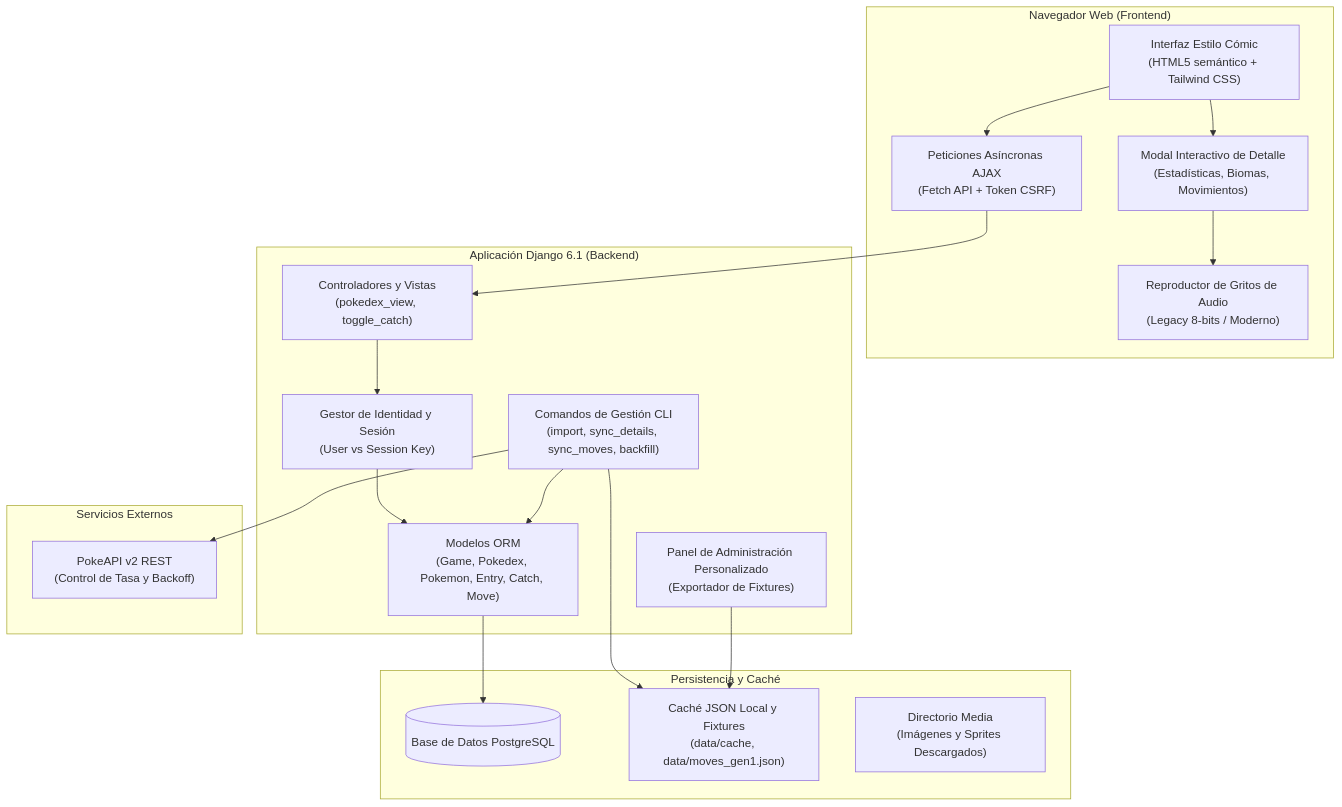
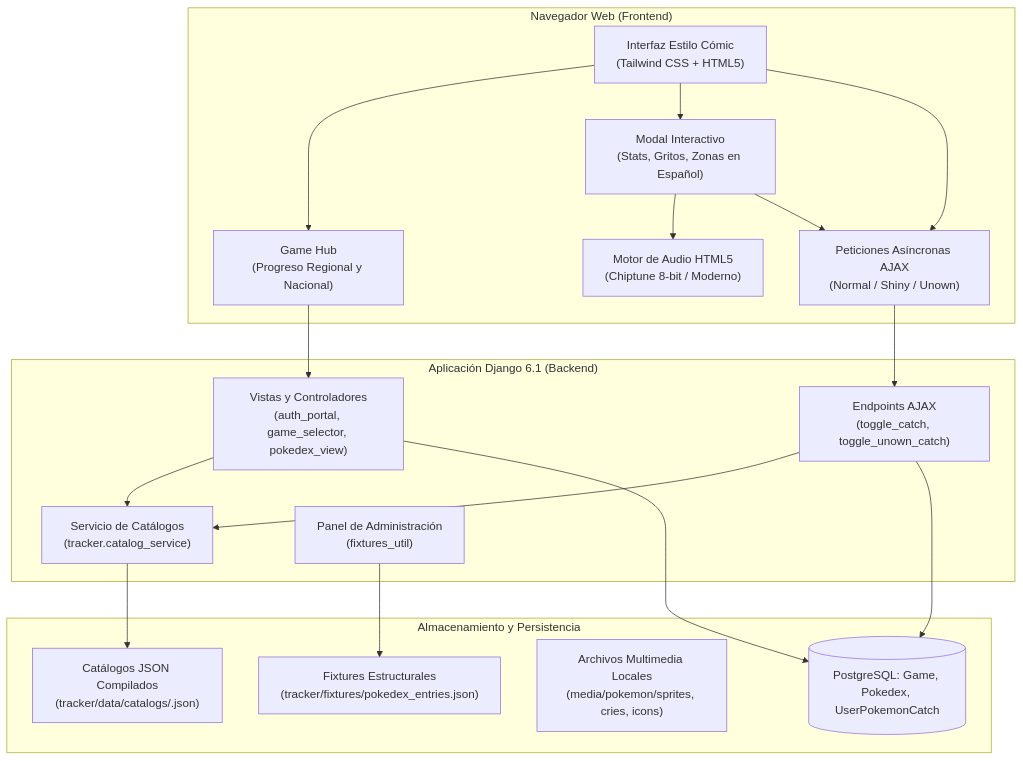
The diagram in README.es.md (Gatozo/pokedexglobal), drawn with Mermaid before and after one commit. The commit also changed other lines of this file and 31 other files, not shown here.

````diff
--- a/README.es.md
+++ b/README.es.md
@@ -31,39 +38,42 @@
 ```mermaid
 flowchart TD
     subgraph Cliente ["Navegador Web (Frontend)"]
-        UI["Interfaz Estilo Cómic\n(HTML5 semántico + Tailwind CSS)"]
-        Modal["Modal Interactivo de Detalle\n(Estadísticas, Biomas, Movimientos)"]
-        Audio["Reproductor de Gritos de Audio\n(Legacy 8-bits / Moderno)"]
-        Ajax["Peticiones Asíncronas AJAX\n(Fetch API + Token CSRF)"]
+        UI["Interfaz Estilo Cómic\n(Tailwind CSS + HTML5)"]
+        Hub["Game Hub\n(Progreso Regional y Nacional)"]
+        Modal["Modal Interactivo\n(Stats, Gritos, Zonas en Español)"]
+        Audio["Motor de Audio HTML5\n(Chiptune 8-bit / Moderno)"]
+        Ajax["Peticiones Asíncronas AJAX\n(Normal / Shiny / Unown)"]
     end
 
     subgraph Backend ["Aplicación Django 6.1 (Backend)"]
-        Vistas["Controladores y Vistas\n(pokedex_view, toggle_catch)"]
-        SesionAuth["Gestor de Identidad y Sesión\n(User vs Session Key)"]
-        Modelos["Modelos ORM\n(Game, Pokedex, Pokemon, Entry, Catch, Move)"]
-        AdminSite["Panel de Administración Personalizado\n(Exportador de Fixtures)"]
-        ComandosCLI["Comandos de Gestión CLI\n(import, sync_details, sync_moves, backfill)"]
+        Vistas["Vistas y Controladores\n(auth_portal, game_selector, pokedex_view)"]
+        AjaxEndpoints["Endpoints AJAX\n(toggle_catch, toggle_unown_catch)"]
+        CatService["Servicio de Catálogos\n(tracker.catalog_service)"]
+        AdminSite["Panel de Administración\n(fixtures_util)"]
     end
 
-    subgraph Datos ["Persistencia y Caché"]
-        Postgres[(Base de Datos PostgreSQL)]
-        CacheLocal["Caché JSON Local y Fixtures\n(data/cache, data/moves_gen1.json)"]
-        MediaDir["Directorio Media\n(Imágenes y Sprites Descargados)"]
+    subgraph Datos ["Almacenamiento y Persistencia"]
+        Postgres[(PostgreSQL: Game, Pokedex, UserPokemonCatch)]
+        CatalogsJSON["Catálogos JSON Compilados\n(tracker/data/catalogs/<slug>.json)"]
+        MediaFiles["Archivos Multimedia Locales\n(media/pokemon/sprites, cries, icons)"]
+        FixturesJSON["Fixtures Estructurales\n(tracker/fixtures/pokedex_entries.json)"]
     end
 
-    subgraph Externo ["Servicios Externos"]
-        PokeAPI["PokeAPI v2 REST\n(Control de Tasa y Backoff)"]
-    end
-
-    UI --> Ajax
+    UI --> Hub
     UI --> Modal
     Modal --> Audio
-    Ajax --> Vistas
-    Vistas --> SesionAuth
-    SesionAuth --> Modelos
-    Modelos --> Postgres
-    ComandosCLI --> PokeAPI
-    ComandosCLI --> CacheLocal
-    ComandosCLI --> Modelos
-    AdminSite --> CacheLocal
+    UI --> Ajax
+
+    Hub --> Vistas
+    Modal --> Ajax
+    Ajax --> AjaxEndpoints
+
+    Vistas --> CatService
+    AjaxEndpoints --> CatService
+    CatService --> CatalogsJSON
+
+    Vistas --> Postgres
+    AjaxEndpoints --> Postgres
+
+    AdminSite --> FixturesJSON
 ```
````
